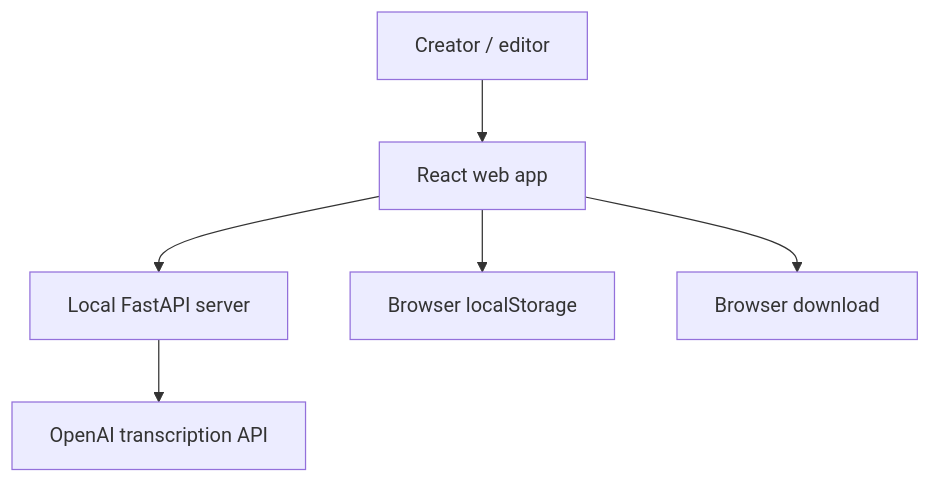
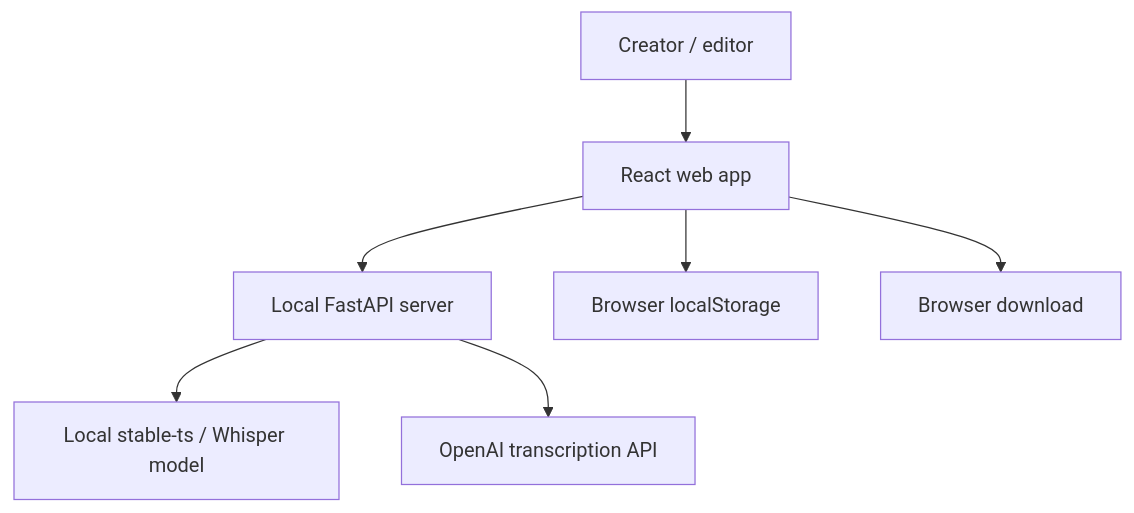
The diagram in docs/product/architecture-context.md (tevial/muted-cabinet-7349), drawn with Mermaid before and after one commit. The commit also changed other lines of this file and 45 other files, not shown here.

````diff
--- a/docs/product/architecture-context.md
+++ b/docs/product/architecture-context.md
@@ -5,8 +5,9 @@
 ```mermaid
 flowchart TD
     Creator["Creator / editor"] --> Web["React web app"]
     Web --> Api["Local FastAPI server"]
+    Api --> StableTs["Local stable-ts / Whisper model"]
     Api --> OpenAI["OpenAI transcription API"]
     Web --> Storage["Browser localStorage"]
     Web --> FileSystem["Browser download"]
 ```
````
